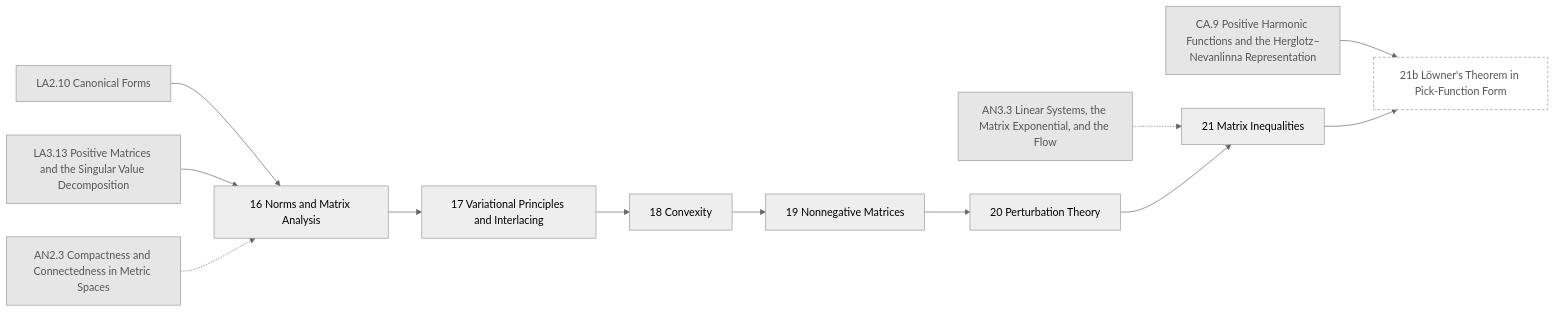
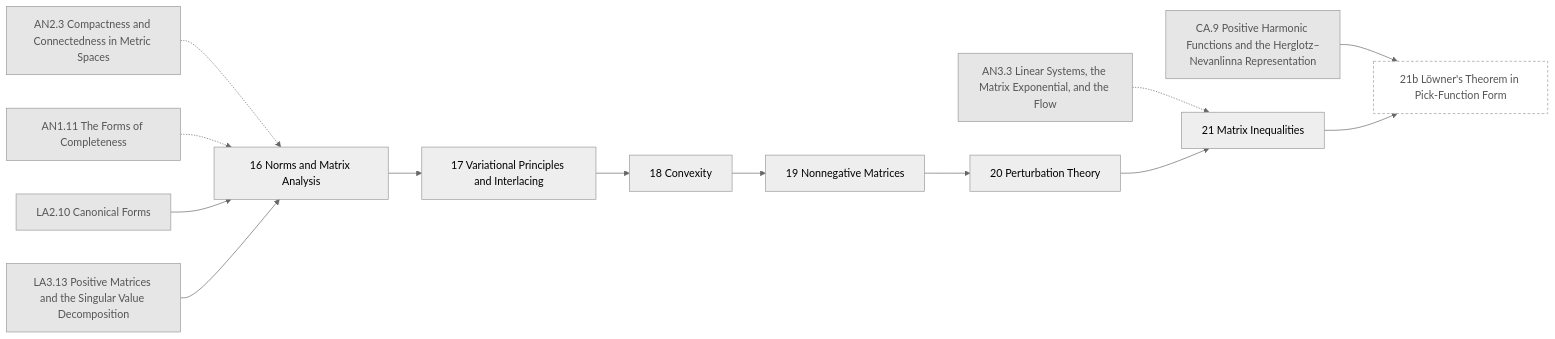
Diagram 24 of 30 in generated/README.md (AkizumiFox/math-atlas), drawn with Mermaid (neutral theme) before and after one commit. The commit also changed other lines of this file and 41 other files, not shown here.

````diff
--- a/generated/README.md
+++ b/generated/README.md
@@ -685,29 +776,31 @@
 ```mermaid
 flowchart LR
+  AN2_3["AN2.3 Compactness and Connectedness in Metric Spaces"]:::ext
+  AN1_11["AN1.11 The Forms of Completeness"]:::ext
   LA2_10["LA2.10 Canonical Forms"]:::ext
   LA3_13["LA3.13 Positive Matrices and the Singular Value Decomposition"]:::ext
-  AN2_3["AN2.3 Compactness and Connectedness in Metric Spaces"]:::ext
   AN3_3["AN3.3 Linear Systems, the Matrix Exponential, and the Flow"]:::ext
   CA_9["CA.9 Positive Harmonic Functions and the Herglotz–Nevanlinna Representation"]:::ext
   MA_16["16 Norms and Matrix Analysis"]
   MA_17["17 Variational Principles and Interlacing"]
   MA_18["18 Convexity"]
   MA_19["19 Nonnegative Matrices"]
   MA_20["20 Perturbation Theory"]
   MA_21["21 Matrix Inequalities"]
   MA_21b["21b Löwner's Theorem in Pick-Function Form"]:::opt
+  AN2_3 -.-> MA_16
+  AN1_11 -.-> MA_16
   LA2_10 --> MA_16
   LA3_13 --> MA_16
-  AN2_3 -.-> MA_16
   MA_16 --> MA_17
   MA_17 --> MA_18
   MA_18 --> MA_19
   MA_19 --> MA_20
   AN3_3 -.-> MA_21
   MA_20 --> MA_21
   CA_9 --> MA_21b
   MA_21 --> MA_21b
   classDef ext fill:#e6e6e6,stroke:#999,color:#555
   classDef opt fill:#fff,stroke:#999,stroke-dasharray:4 3,color:#555
   classDef segb fill:#f6f6fb,stroke:#99a,color:#333
 ```
````
